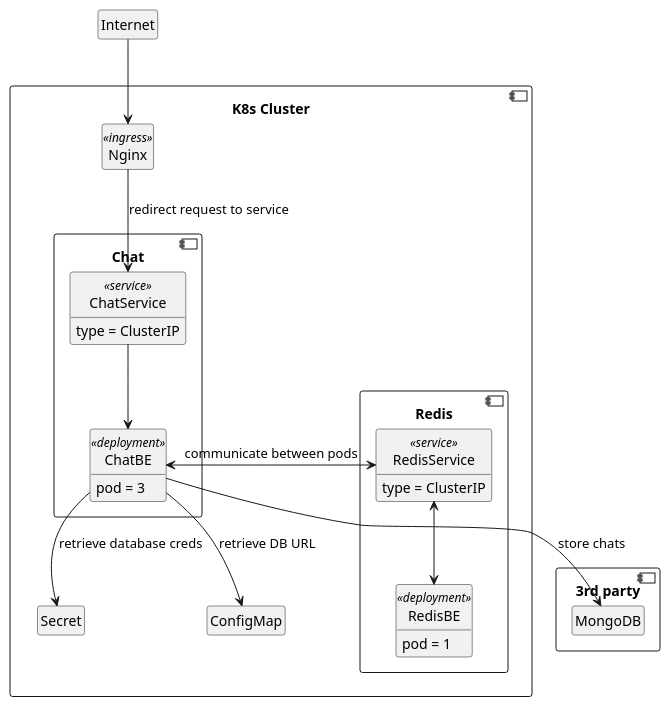
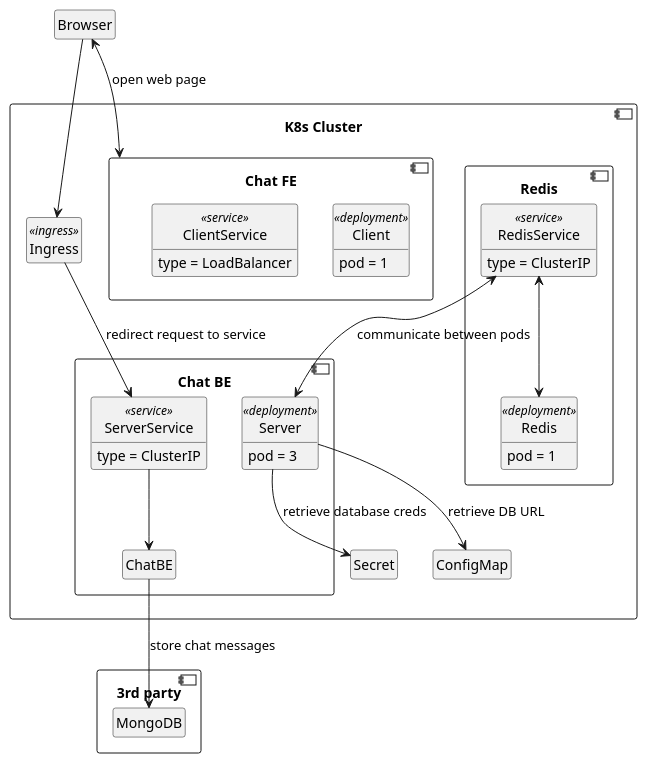
Before and after one commit to iamdejan/socketio-chat-app: the diagram in terraform-k8s/system-architecture.md, drawn with PlantUML. The commit also changed 1 other file, not shown here.

Commit message:
Resolve comments

````diff
--- a/terraform-k8s/system-architecture.md
+++ b/terraform-k8s/system-architecture.md
@@ -1,54 +1,65 @@
 ```plantuml
 
 @startuml
 
 skinparam shadowing false
 hide empty fields
 hide empty methods
 hide circle
 
-class Internet
+class Browser
 
 component "K8s Cluster" {
     class Secret
     class ConfigMap
-    class Nginx <<ingress>>
+    class Ingress <<ingress>>
 
     component Redis {
         class RedisService <<service>> {
             type = ClusterIP
         }
-        class RedisBE <<deployment>> {
+        class Redis <<deployment>> {
             pod = 1
         }
 
-        RedisService <--> RedisBE
+        RedisService <--> Redis
     }
 
-    component Chat {
-        class ChatService <<service>> {
+    component "Chat BE" {
+        class ServerService <<service>> {
             type = ClusterIP
         }
-        class ChatBE <<deployment>> {
+        class Server <<deployment>> {
             pod = 3
         }
 
-        ChatService --> ChatBE
+        ServerService --> ChatBE
     }
 
-    ChatBE --> ConfigMap: retrieve DB URL
-    RedisService <-> ChatBE: communicate between pods
-    ChatBE --> Secret: retrieve database creds
+    component "Chat FE" {
+        class Client <<deployment>> {
+            pod = 1
+        }
 
-    Internet --> Nginx
-    Nginx --> ChatService: redirect request to service
+        class ClientService <<service>> {
+            type = LoadBalancer
+        }
+    }
+
+    Server --> ConfigMap: retrieve DB URL
+    RedisService <--> Server: communicate between pods
+    Server --> Secret: retrieve database creds
+
+    "Chat FE" <--> Browser: open web page
+    Browser --> Ingress
+    Ingress --> ServerService: redirect request to service
 }
 
 component "3rd party" {
     class MongoDB {}
-    ChatBE --> MongoDB: store chats
+    ChatBE --> MongoDB: store chat messages
 }
 
 @enduml
 
 ```
````
